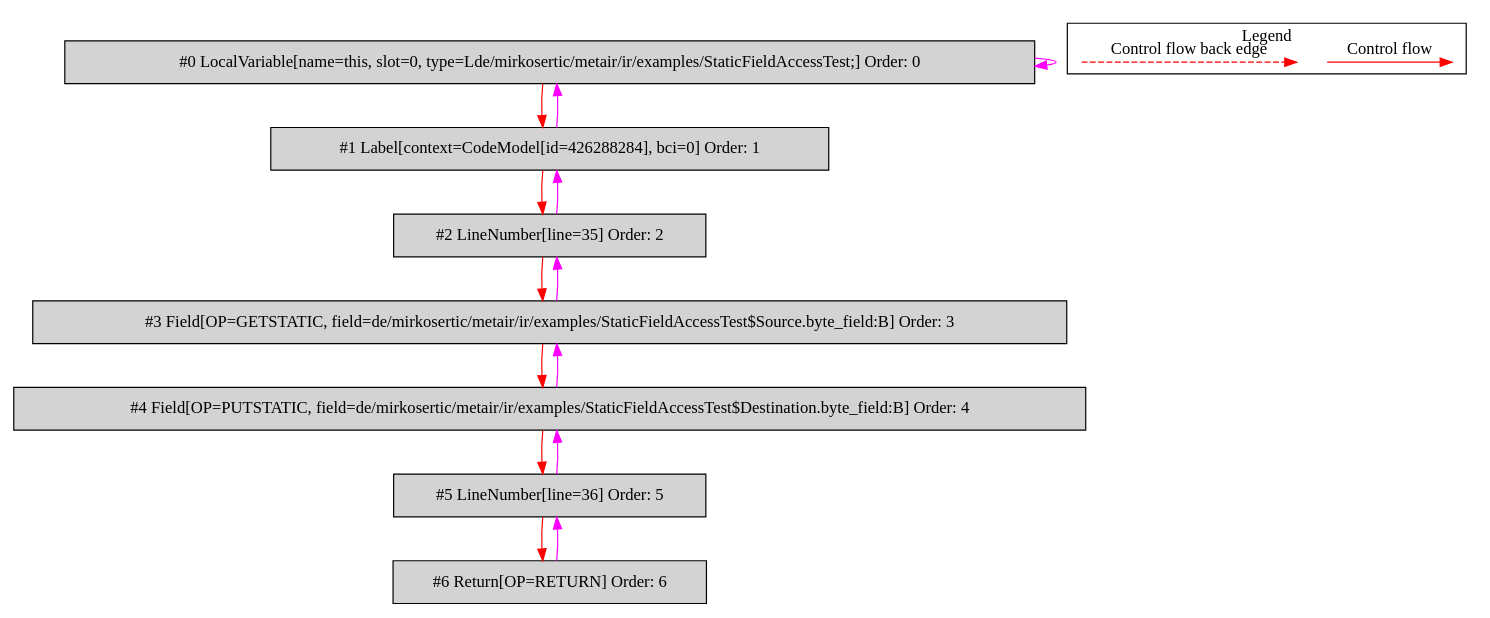
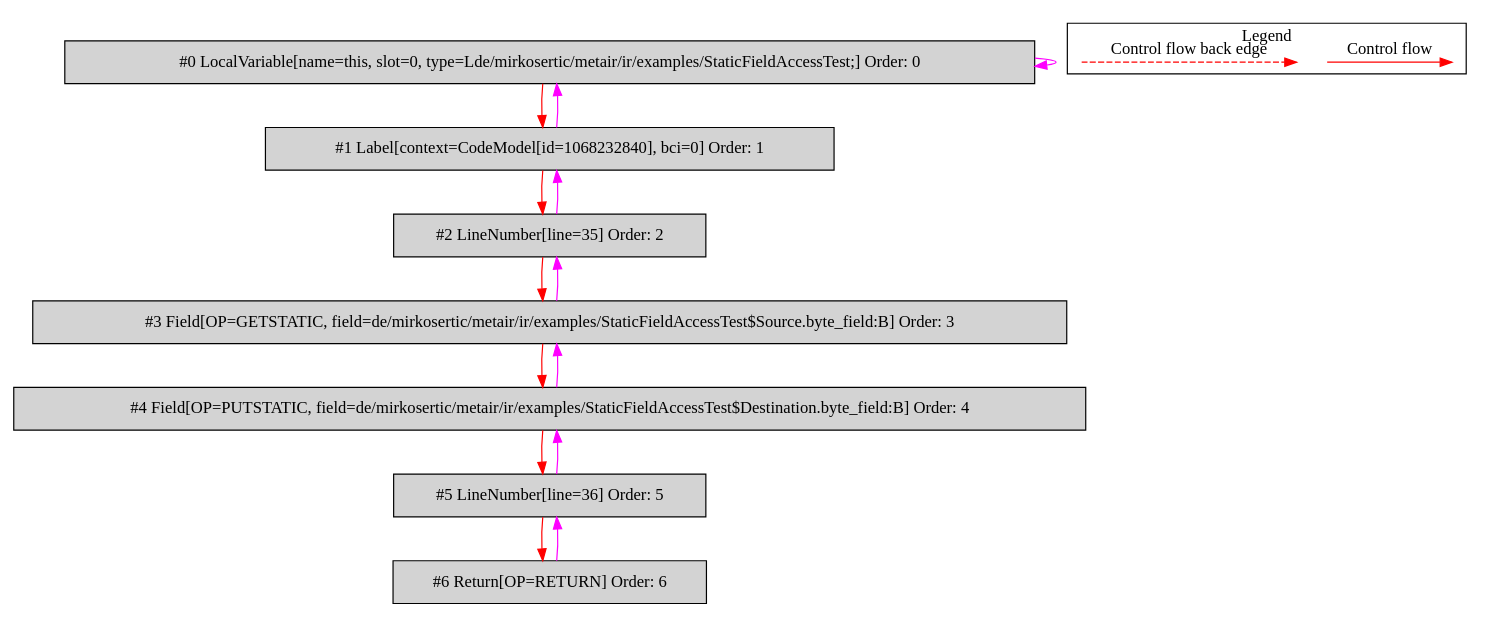
One commit to mirkosertic/MetaIR changed the diagram in de.mirkosertic.metair.ir.examples.StaticFieldAccessTest/copy_byte/bytecodecfg.dot. Above: the diagram before and after it, drawn with Graphviz. The commit also changed 712 other files, not shown here.

```diff
--- a/de.mirkosertic.metair.ir.examples.StaticFieldAccessTest/copy_byte/bytecodecfg.dot
+++ b/de.mirkosertic.metair.ir.examples.StaticFieldAccessTest/copy_byte/bytecodecfg.dot
@@ -1,37 +1,37 @@
 digraph {
  ordering="in";
  node0[label="#0 LocalVariable[name=this, slot=0, type=Lde/mirkosertic/metair/ir/examples/StaticFieldAccessTest;] Order: 0", shape=box, fillcolor=lightgrey, style=filled];
- node1[label="#1 Label[context=CodeModel[id=426288284], bci=0] Order: 1", shape=box, fillcolor=lightgrey, style=filled];
+ node1[label="#1 Label[context=CodeModel[id=1068232840], bci=0] Order: 1", shape=box, fillcolor=lightgrey, style=filled];
  node2[label="#2 LineNumber[line=35] Order: 2", shape=box, fillcolor=lightgrey, style=filled];
  node3[label="#3 Field[OP=GETSTATIC, field=de/mirkosertic/metair/ir/examples/StaticFieldAccessTest$Source.byte_field:B] Order: 3", shape=box, fillcolor=lightgrey, style=filled];
  node4[label="#4 Field[OP=PUTSTATIC, field=de/mirkosertic/metair/ir/examples/StaticFieldAccessTest$Destination.byte_field:B] Order: 4", shape=box, fillcolor=lightgrey, style=filled];
  node5[label="#5 LineNumber[line=36] Order: 5", shape=box, fillcolor=lightgrey, style=filled];
  node6[label="#6 Return[OP=RETURN] Order: 6", shape=box, fillcolor=lightgrey, style=filled];
  node0 -> node0[color=fuchsia];
  node0 -> node1[color=red];
  node1 -> node0[color=fuchsia];
  node1 -> node2[color=red];
  node2 -> node1[color=fuchsia];
  node2 -> node3[color=red];
  node3 -> node2[color=fuchsia];
  node3 -> node4[color=red];
  node4 -> node3[color=fuchsia];
  node4 -> node5[color=red];
  node5 -> node4[color=fuchsia];
  node5 -> node6[color=red];
  node6 -> node5[color=fuchsia];
  subgraph cluster_000 {
   label = "Legend";
   node [shape=point]
   {
    rank=same;
    c0 [style = invis];
    c1 [style = invis];
    c2 [style = invis];
    c3 [style = invis];
   }
   c0 -> c1 [label="Control flow", style=solid, color=red]
   c2 -> c3 [label="Control flow back edge", style=dashed, color=red]
  }
 
 }
```
